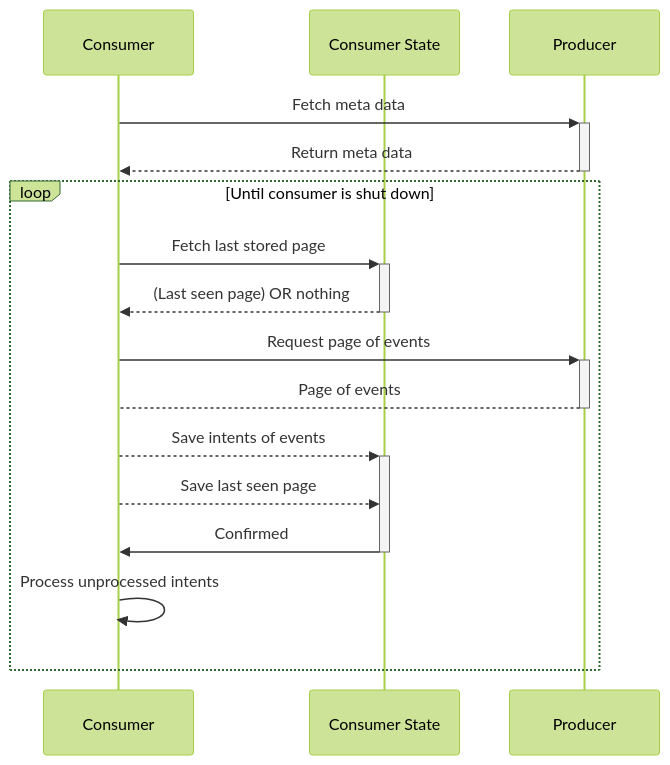
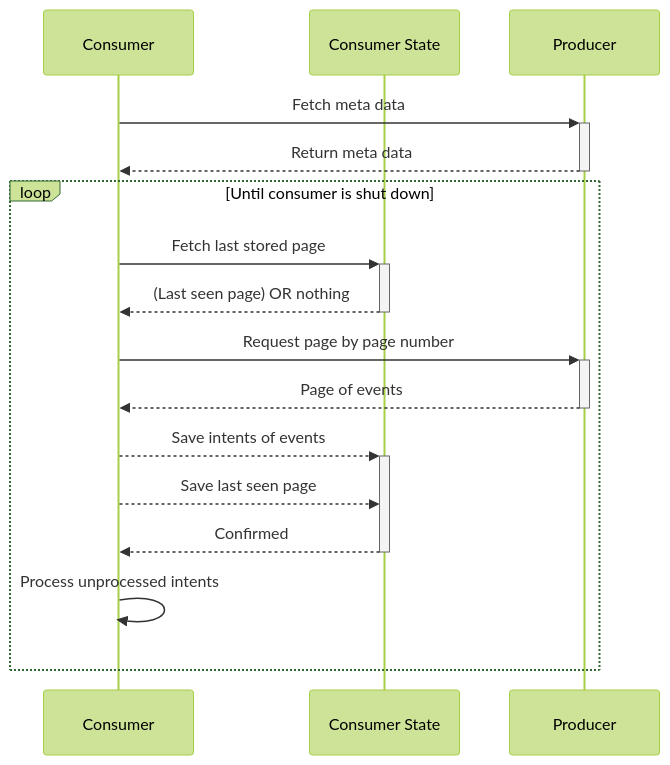
The diagram in design/CONSUMER.md (dburriss/event-feed), drawn with Mermaid (forest theme) before and after one commit. The commit also changed other lines of this file and 2 other files, not shown here.

Commit message:
Feedback on PR

````diff
--- a/design/CONSUMER.md
+++ b/design/CONSUMER.md
@@ -15,19 +15,19 @@
 ```mermaid
 sequenceDiagram
     participant C as Consumer
     participant S as Consumer State
     participant P as Producer
     C->>+P: Fetch meta data
     P-->>-C: Return meta data
     
     loop Until consumer is shut down
         C->>+S: Fetch last stored page
         S-->>-C: (Last seen page) OR nothing
-        C->>+P: Request page of events
-        P-->-C: Page of events
+        C->>+P: Request page by page number
+        P-->>-C: Page of events
         C-->>+S: Save intents of events
         C-->>S: Save last seen page
-        S->>-C: Confirmed
+        S-->>-C: Confirmed
         C->>C: Process unprocessed intents
     end
 ```
````
